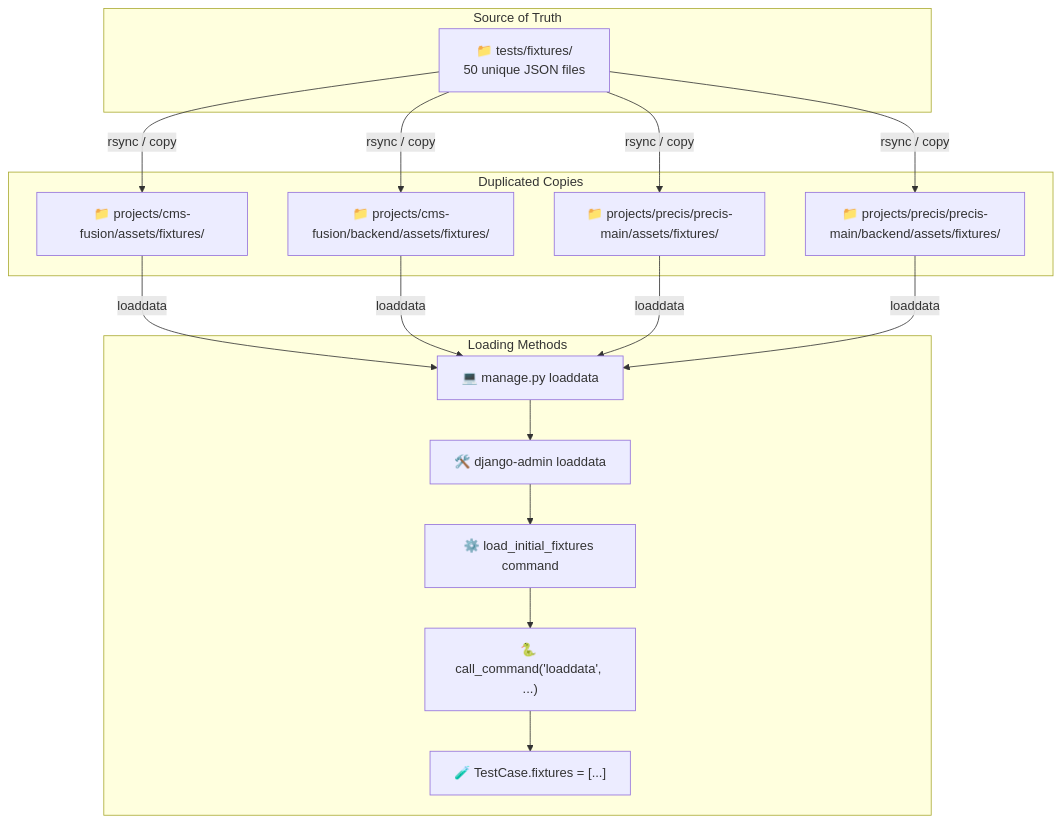
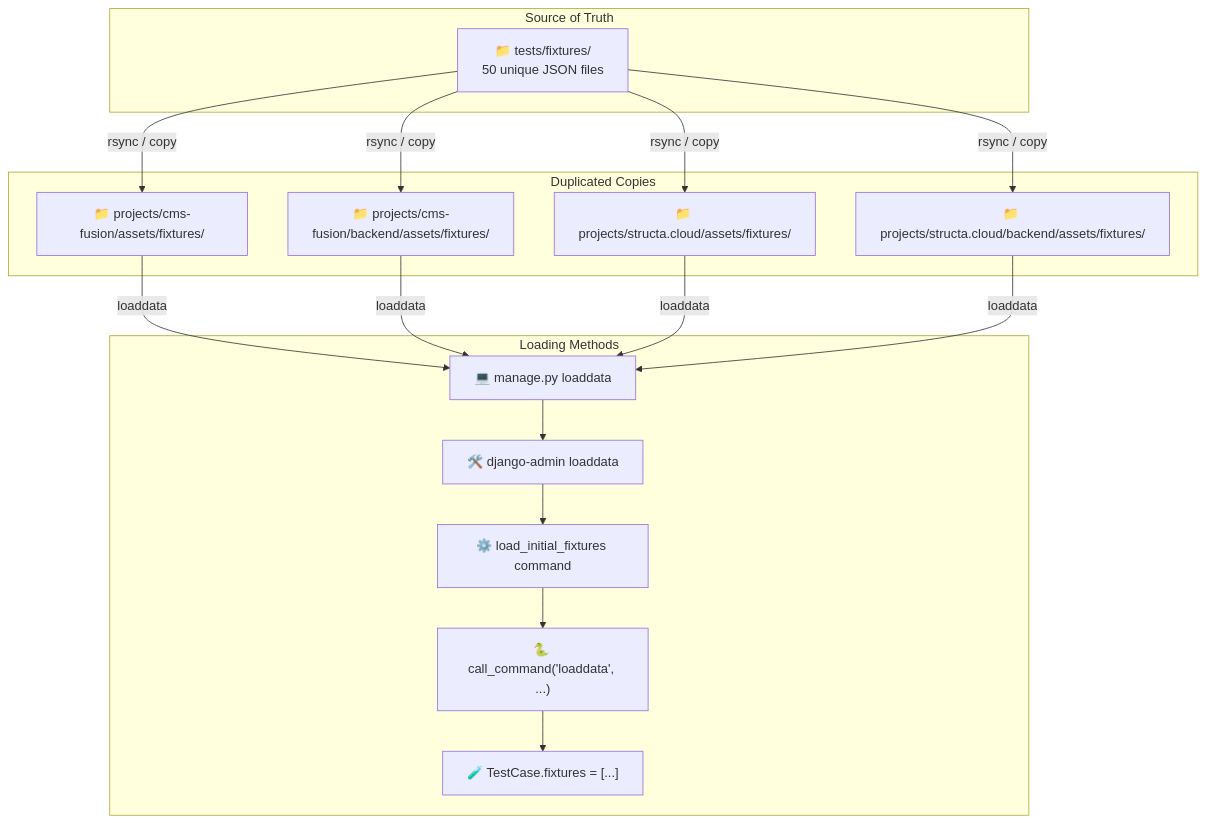
Before and after one commit to mammhoud/django-fusion: the first of 4 diagrams in docs/dev/databases/fixture-pipeline.md, drawn with Mermaid. The commit also changed 1198 other files, not shown here.

````diff
--- a/docs/dev/databases/fixture-pipeline.md
+++ b/docs/dev/databases/fixture-pipeline.md
@@ -10,37 +10,37 @@
 ```mermaid
 graph TB
     subgraph "Source of Truth"
         FIXTURES["📁 tests/fixtures/
         50 unique JSON files"]
     end
 
     subgraph "Duplicated Copies"
         CMS_COPY["📁 projects/cms-fusion/assets/fixtures/"]
         CMS_BACKEND["📁 projects/cms-fusion/backend/assets/fixtures/"]
-        LMS_COPY["📁 projects/precis/precis-main/assets/fixtures/"]
-        LMS_BACKEND["📁 projects/precis/precis-main/backend/assets/fixtures/"]
+        LMS_COPY["📁 projects/structa.cloud/assets/fixtures/"]
+        LMS_BACKEND["📁 projects/structa.cloud/backend/assets/fixtures/"]
     end
 
     subgraph "Loading Methods"
         CLI["💻 manage.py loaddata"]
         CMD["🛠️ django-admin loaddata"]
         MGMT["⚙️ load_initial_fixtures command"]
         PYTHON["🐍 call_command('loaddata', ...)"]
         TEST["🧪 TestCase.fixtures = [...]"]
     end
 
     FIXTURES -->|rsync / copy| CMS_COPY
     FIXTURES -->|rsync / copy| CMS_BACKEND
     FIXTURES -->|rsync / copy| LMS_COPY
     FIXTURES -->|rsync / copy| LMS_BACKEND
 
     CMS_COPY -->|loaddata| CLI
     CMS_BACKEND -->|loaddata| CLI
     LMS_COPY -->|loaddata| CLI
     LMS_BACKEND -->|loaddata| CLI
 
     CLI --> CMD
     CMD --> MGMT
     MGMT --> PYTHON
     PYTHON --> TEST
 ```
````
